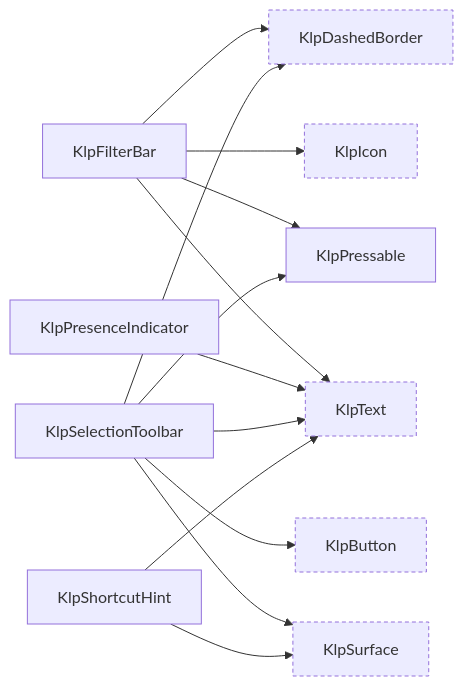
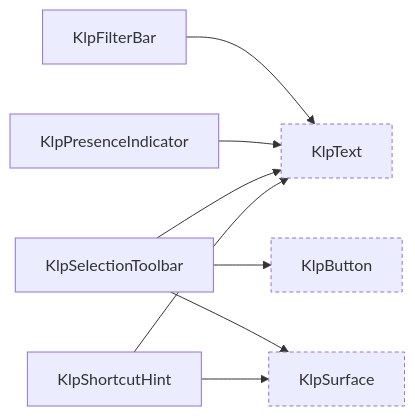
One commit to MiuDog/Kallopis changed the sixth of 17 diagrams in spec/component-inventory.md. Above: the diagram before and after it, drawn with Mermaid. The commit also changed other lines of this file and 5 other files, not shown here.

````diff
--- a/spec/component-inventory.md
+++ b/spec/component-inventory.md
@@ -299,26 +296,18 @@
 ```mermaid
 graph LR
   KlpButton["KlpButton"]:::external
-  KlpDashedBorder["KlpDashedBorder"]:::external
   KlpFilterBar["KlpFilterBar"]
-  KlpIcon["KlpIcon"]:::external
   KlpPresenceIndicator["KlpPresenceIndicator"]
-  KlpPressable["KlpPressable"]
   KlpSelectionToolbar["KlpSelectionToolbar"]
   KlpShortcutHint["KlpShortcutHint"]
   KlpSurface["KlpSurface"]:::external
   KlpText["KlpText"]:::external
-  KlpFilterBar --> KlpDashedBorder
-  KlpFilterBar --> KlpIcon
-  KlpFilterBar --> KlpPressable
   KlpFilterBar --> KlpText
   KlpPresenceIndicator --> KlpText
   KlpSelectionToolbar --> KlpButton
-  KlpSelectionToolbar --> KlpDashedBorder
-  KlpSelectionToolbar --> KlpPressable
   KlpSelectionToolbar --> KlpSurface
   KlpSelectionToolbar --> KlpText
   KlpShortcutHint --> KlpSurface
   KlpShortcutHint --> KlpText
   classDef external stroke-dasharray: 4 3;
 ```
````
